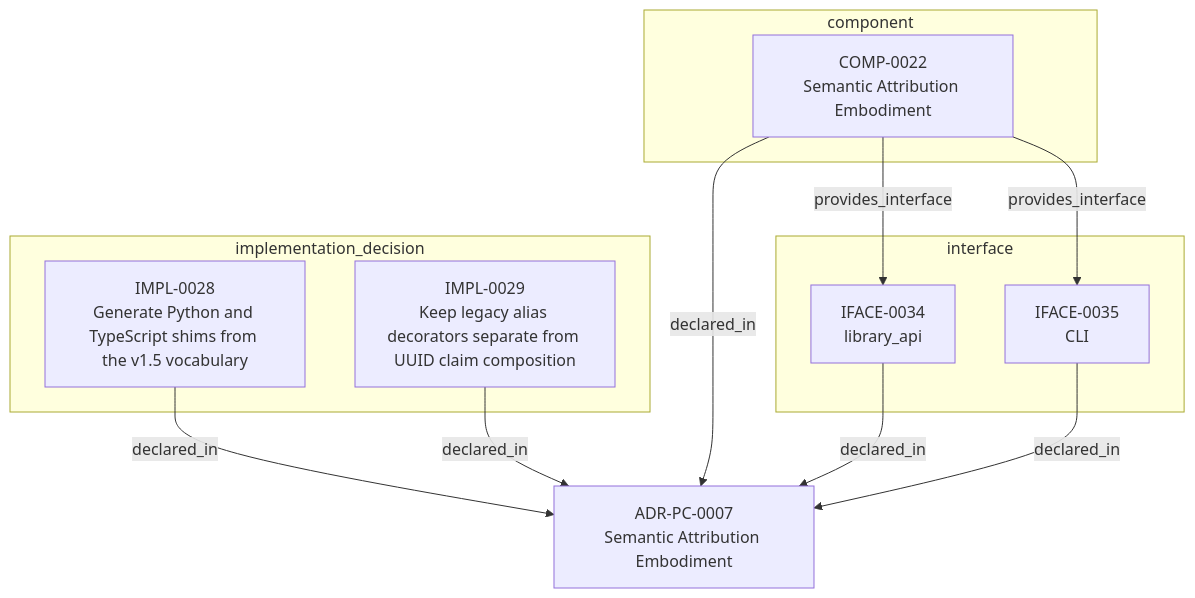
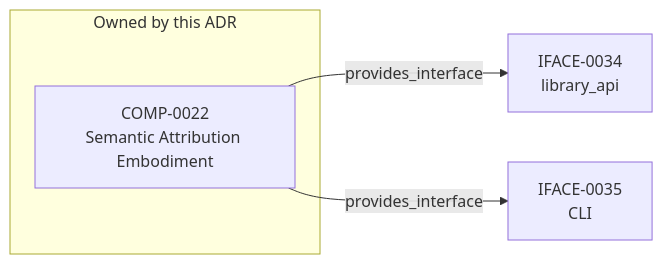
Before and after one commit to egallmann/adr-architecture-kit: the diagram in adrs/adr-projection/physical-component/ADR-PC-0007-semantic-attribution-embodiment.md, drawn with Mermaid. The commit also changed other lines of this file and 37 other files, not shown here.

````diff
--- a/adrs/adr-projection/physical-component/ADR-PC-0007-semantic-attribution-embodiment.md
+++ b/adrs/adr-projection/physical-component/ADR-PC-0007-semantic-attribution-embodiment.md
@@ -128,22 +73,10 @@
 ```mermaid
-flowchart TB
-  n_019ffdba_3c42_70da_b33d_efc003269c42["ADR-PC-0007<br/>Semantic Attribution Embodiment"]
-  subgraph sg_component["component"]
+flowchart LR
+  subgraph subject["Owned by this ADR"]
     n_019ffdba_3c42_75d5_b93b_f32f35152e32["COMP-0022<br/>Semantic Attribution Embodiment"]
   end
-  subgraph sg_interface["interface"]
-    n_019ffdba_3c42_77f6_903f_7753342c5b5f["IFACE-0034<br/>library_api"]
-    n_019ffdba_3c42_7d5b_b52f_b36c3000f299["IFACE-0035<br/>CLI"]
-  end
-  subgraph sg_implementation_decision["implementation_decision"]
-    n_019ffdba_3c42_7e86_a03e_f7df07da6757["IMPL-0028<br/>Generate Python and TypeScript shims from the v1.5 vocabulary"]
-    n_019ffdba_3c42_7021_923f_bf8e6bd06d07["IMPL-0029<br/>Keep legacy alias decorators separate from UUID claim composition"]
-  end
-  n_019ffdba_3c42_7021_923f_bf8e6bd06d07 -->|"declared_in"| n_019ffdba_3c42_70da_b33d_efc003269c42
-  n_019ffdba_3c42_75d5_b93b_f32f35152e32 -->|"declared_in"| n_019ffdba_3c42_70da_b33d_efc003269c42
-  n_019ffdba_3c42_77f6_903f_7753342c5b5f -->|"declared_in"| n_019ffdba_3c42_70da_b33d_efc003269c42
-  n_019ffdba_3c42_7d5b_b52f_b36c3000f299 -->|"declared_in"| n_019ffdba_3c42_70da_b33d_efc003269c42
-  n_019ffdba_3c42_7e86_a03e_f7df07da6757 -->|"declared_in"| n_019ffdba_3c42_70da_b33d_efc003269c42
+  n_019ffdba_3c42_77f6_903f_7753342c5b5f["IFACE-0034<br/>library_api"]
+  n_019ffdba_3c42_7d5b_b52f_b36c3000f299["IFACE-0035<br/>CLI"]
   n_019ffdba_3c42_75d5_b93b_f32f35152e32 -->|"provides_interface"| n_019ffdba_3c42_77f6_903f_7753342c5b5f
   n_019ffdba_3c42_75d5_b93b_f32f35152e32 -->|"provides_interface"| n_019ffdba_3c42_7d5b_b52f_b36c3000f299
 ```
````
